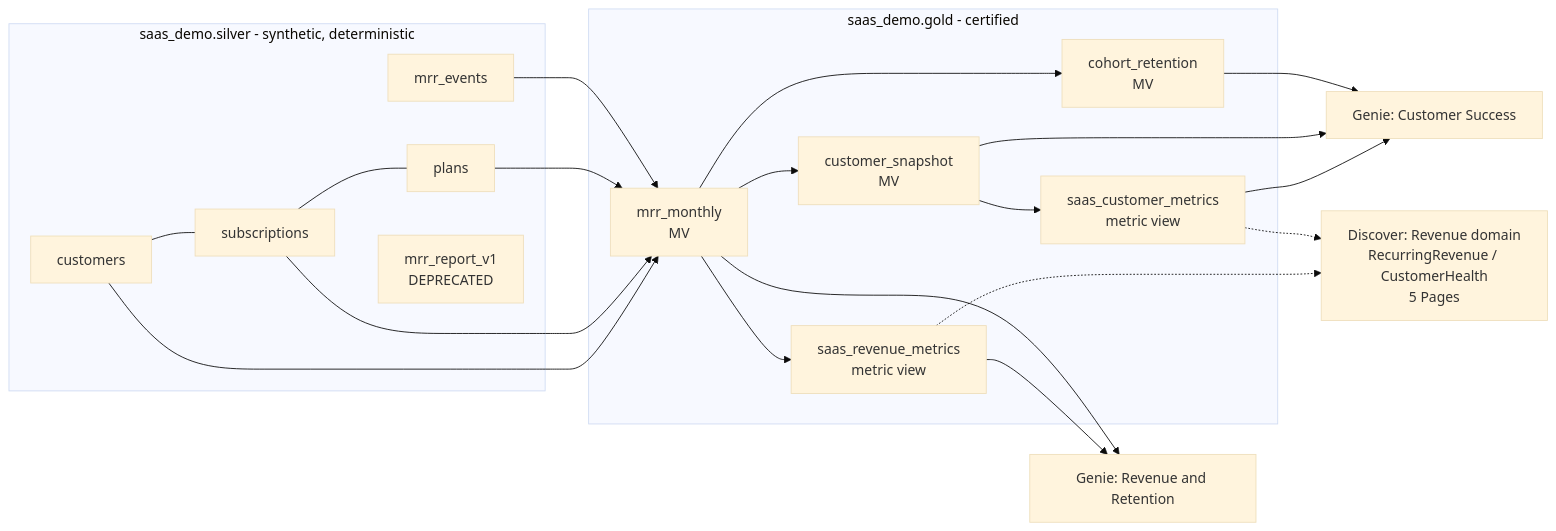
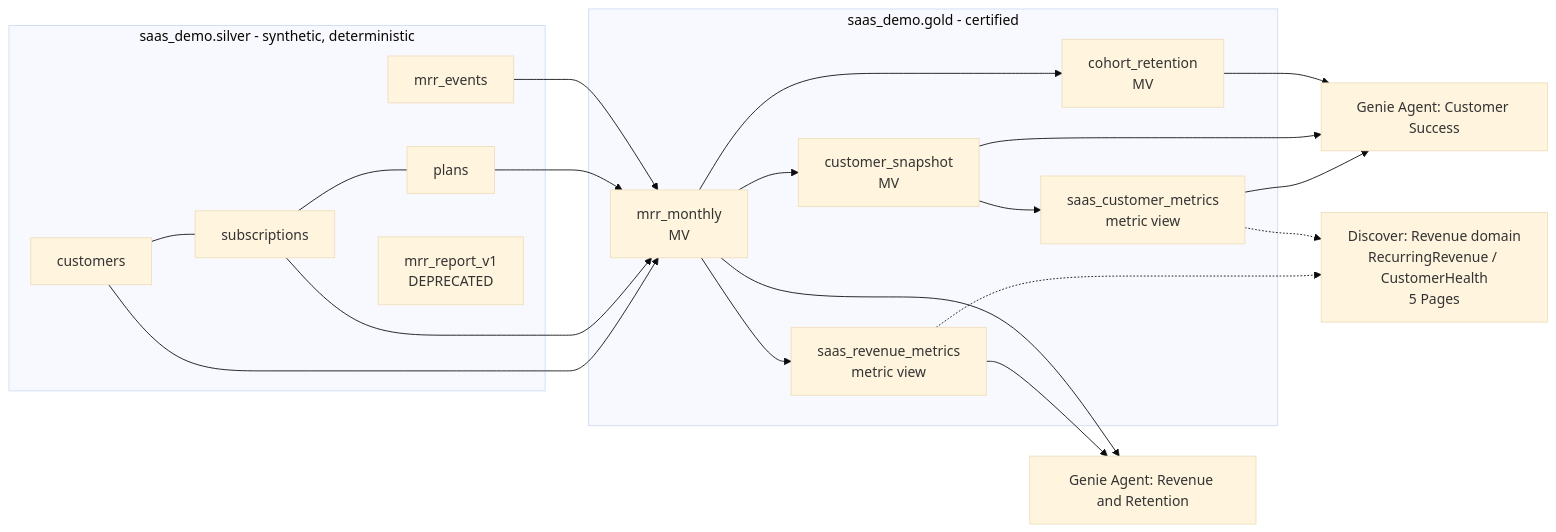
The diagram in analytics__metric_views_genie__saas_business_metrics/README.md (jose-alberto-salazar-jimenez/databricks_demos), drawn with Mermaid (base theme) before and after one commit. The commit also changed other lines of this file and 2 other files, not shown here.

First line of the commit message:
Add features-as-of date and use Genie Agent product name

````diff
--- a/analytics__metric_views_genie__saas_business_metrics/README.md
+++ b/analytics__metric_views_genie__saas_business_metrics/README.md
@@ -22,19 +24,19 @@
 ```mermaid
 flowchart LR
   subgraph silver[saas_demo.silver - synthetic, deterministic]
     C[customers] --- S[subscriptions] --- P[plans]
     E[mrr_events]
     L[mrr_report_v1<br/>DEPRECATED]
   end
   subgraph gold[saas_demo.gold - certified]
     M[mrr_monthly<br/>MV] --> CS[customer_snapshot<br/>MV]
     M --> CR[cohort_retention<br/>MV]
     M --> RV[saas_revenue_metrics<br/>metric view]
     CS --> CV[saas_customer_metrics<br/>metric view]
   end
   C & S & P & E --> M
-  RV --> G1[Genie: Revenue and Retention]
+  RV --> G1[Genie Agent: Revenue and Retention]
   M --> G1
-  CV & CS & CR --> G2[Genie: Customer Success]
+  CV & CS & CR --> G2[Genie Agent: Customer Success]
   RV & CV -.-> D[Discover: Revenue domain<br/>RecurringRevenue / CustomerHealth<br/>5 Pages]
 ```
````
